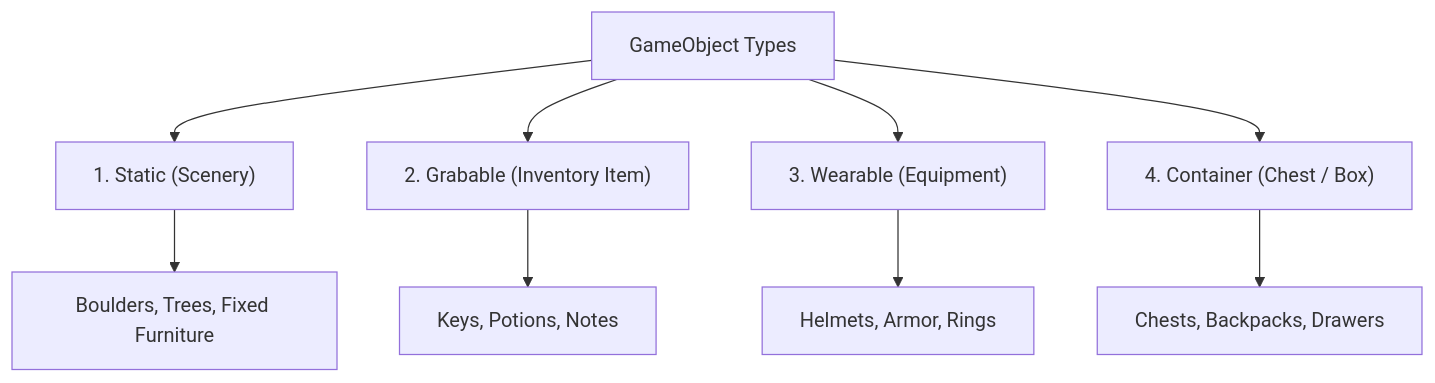
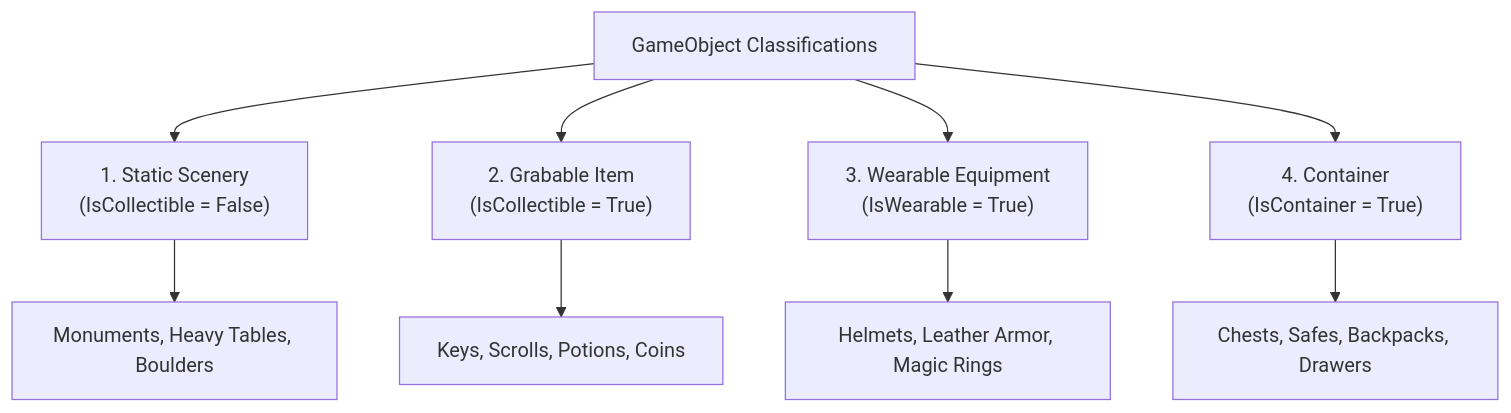
One commit to slanesteve/RagNext-Game-Designer changed the diagram in docs/Chapter_03_Objects_Characters_Inventories.md. Above: the diagram before and after it, drawn with Mermaid. The commit also changed other lines of this file and 9 other files, not shown here.

````diff
--- a/docs/Chapter_03_Objects_Characters_Inventories.md
+++ b/docs/Chapter_03_Objects_Characters_Inventories.md
@@ -11,12 +13,12 @@
 ```mermaid
 flowchart TD
-    A["GameObject Types"] --> B["1. Static (Scenery)"]
-    A --> C["2. Grabable (Inventory Item)"]
-    A --> D["3. Wearable (Equipment)"]
-    A --> E["4. Container (Chest / Box)"]
+    A["GameObject Classifications"] --> B["1. Static Scenery<br/>(IsCollectible = False)"]
+    A --> C["2. Grabable Item<br/>(IsCollectible = True)"]
+    A --> D["3. Wearable Equipment<br/>(IsWearable = True)"]
+    A --> E["4. Container<br/>(IsContainer = True)"]
 
-    B --> B1["Boulders, Trees, Fixed Furniture"]
-    C --> C1["Keys, Potions, Notes"]
-    D --> D1["Helmets, Armor, Rings"]
-    E --> E1["Chests, Backpacks, Drawers"]
+    B --> B1["Monuments, Heavy Tables, Boulders"]
+    C --> C1["Keys, Scrolls, Potions, Coins"]
+    D --> D1["Helmets, Leather Armor, Magic Rings"]
+    E --> E1["Chests, Safes, Backpacks, Drawers"]
 ```
````
